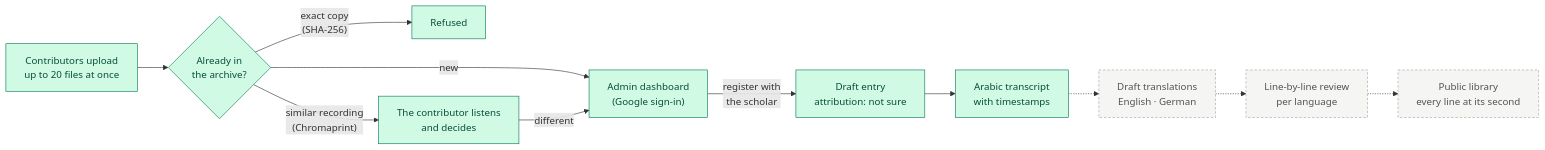
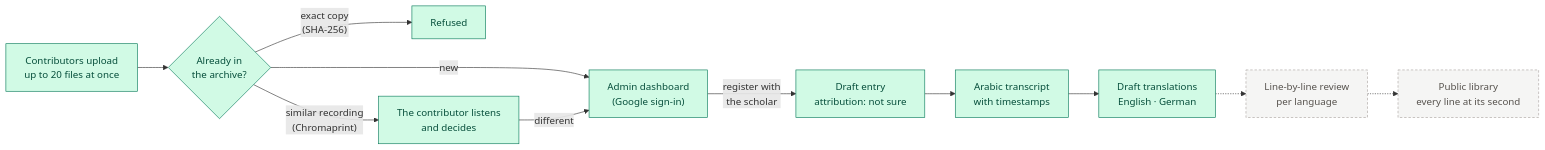
Before and after one commit to PSchmitz-Valckenberg/maqati3: the diagram in README.md, drawn with Mermaid. The commit also changed other lines of this file and 4 other files, not shown here.

Commit message:
docs: record draft translations, their row-count rule and the batch decision

````diff
--- a/README.md
+++ b/README.md
@@ -72,18 +72,18 @@
 ```mermaid
 flowchart LR
     U["Contributors upload<br/>up to 20 files at once"] --> C{"Already in<br/>the archive?"}
     C -- "exact copy<br/>(SHA-256)" --> R["Refused"]
     C -- "similar recording<br/>(Chromaprint)" --> L["The contributor listens<br/>and decides"]
     C -- "new" --> A
     L -- "different" --> A["Admin dashboard<br/>(Google sign-in)"]
     A -- "register with<br/>the scholar" --> E["Draft entry<br/>attribution: not sure"]
     E --> T["Arabic transcript<br/>with timestamps"]
-    T -.-> D["Draft translations<br/>English · German"]
+    T --> D["Draft translations<br/>English · German"]
     D -.-> V["Line-by-line review<br/>per language"]
     V -.-> P["Public library<br/>every line at its second"]
 
     classDef built fill:#d1fae5,stroke:#047857,color:#064e3b
     classDef planned fill:#f5f5f4,stroke:#a8a29e,color:#57534e,stroke-dasharray:4 3
-    class U,C,R,L,A,E,T built
-    class D,V,P planned
+    class U,C,R,L,A,E,T,D built
+    class V,P planned
 ```
````
